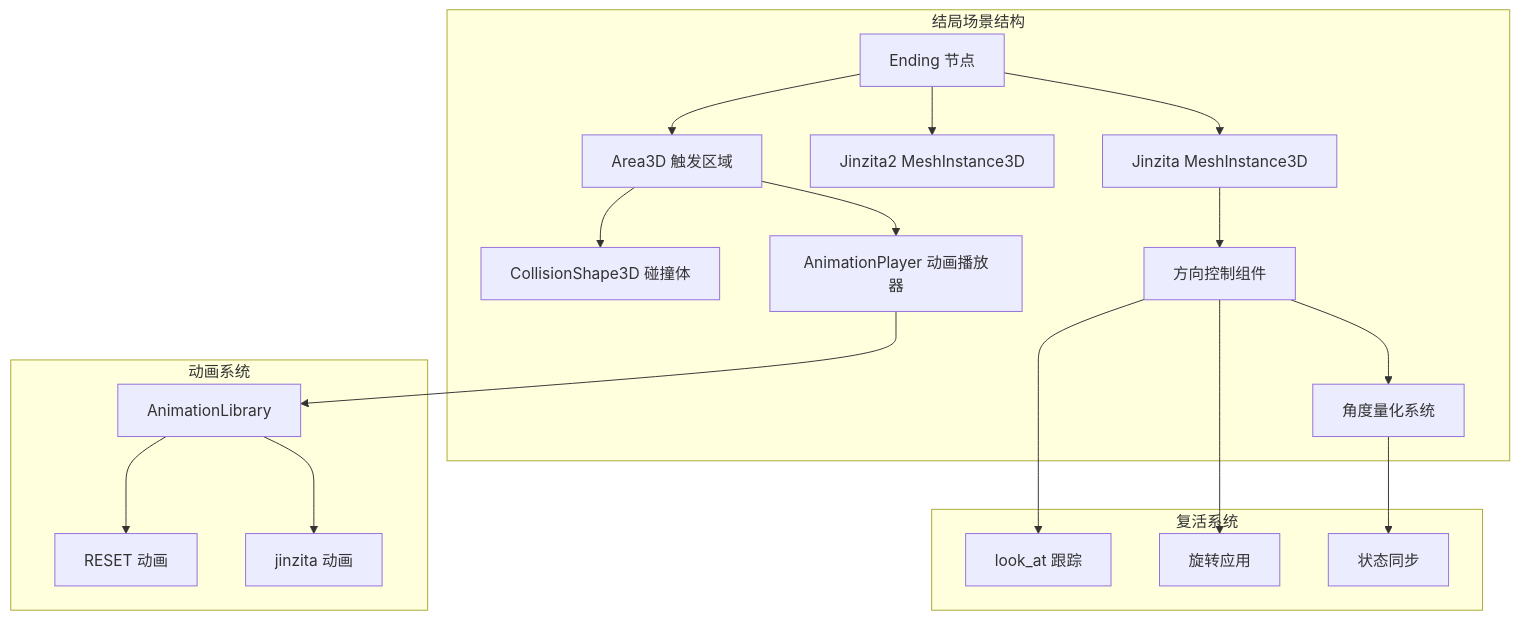
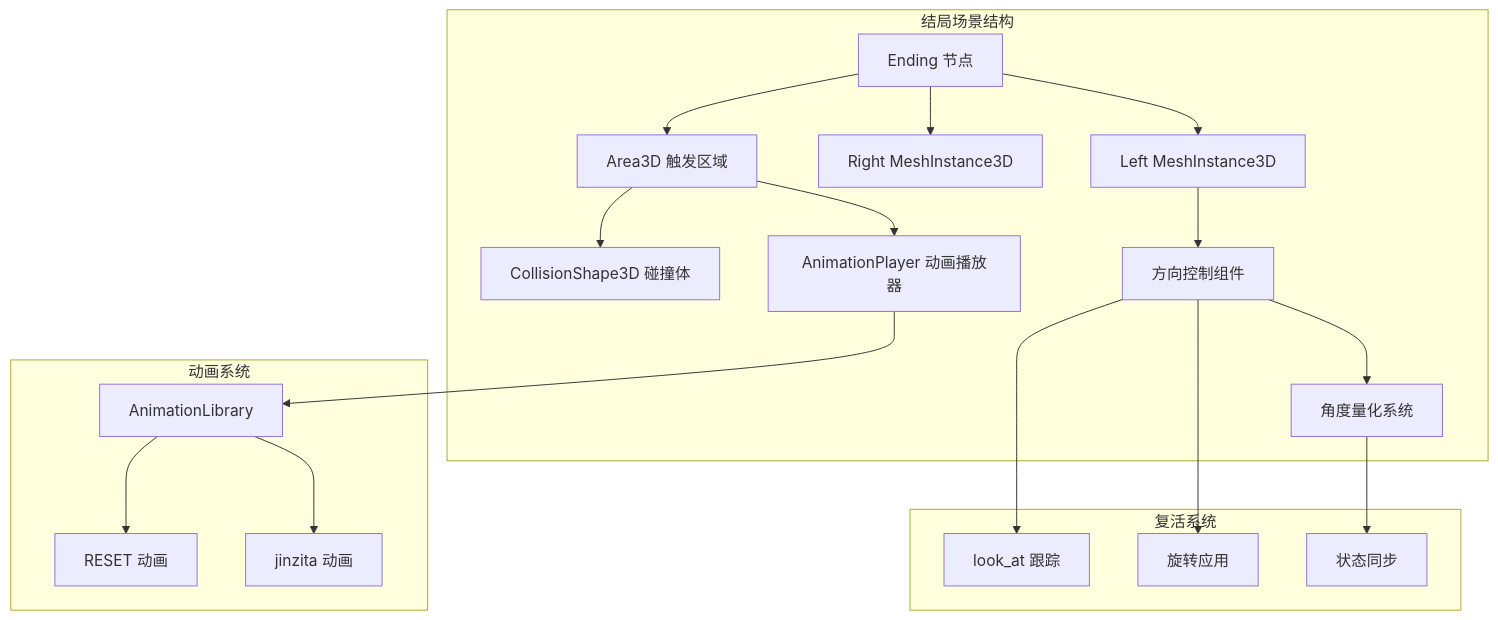
Before and after one commit to godotline/godot-line: the third of 9 diagrams in .qoder/repowiki/zh/content/游戏系统/触发器系统/结局触发器.md, drawn with Mermaid. The commit also changed other lines of this file and 13 other files, not shown here.

````diff
--- a/.qoder/repowiki/zh/content/游戏系统/触发器系统/结局触发器.md
+++ b/.qoder/repowiki/zh/content/游戏系统/触发器系统/结局触发器.md
@@ -250,36 +266,36 @@
 ```mermaid
 graph TD
 subgraph "结局场景结构"
 EndingNode[Ending 节点]
-Jinzita[Jinzita MeshInstance3D]
-Jinzita2[Jinzita2 MeshInstance3D]
+Left[Left MeshInstance3D]
+Right[Right MeshInstance3D]
 Area3D[Area3D 触发区域]
 CollisionShape3D[CollisionShape3D 碰撞体]
 AnimationPlayer[AnimationPlayer 动画播放器]
 DirectionControl[方向控制组件]
 AngleQuantization[角度量化系统]
 end
 subgraph "动画系统"
 ResetAnim[RESET 动画]
 JinzitaAnim[jinzita 动画]
 AnimLibrary[AnimationLibrary]
 end
 subgraph "复活系统"
 LookAt[look_at 跟踪]
 RotationApply[旋转应用]
 StateSync[状态同步]
 end
-EndingNode --> Jinzita
-EndingNode --> Jinzita2
+EndingNode --> Left
+EndingNode --> Right
 EndingNode --> Area3D
 Area3D --> CollisionShape3D
 Area3D --> AnimationPlayer
 AnimationPlayer --> AnimLibrary
 AnimLibrary --> ResetAnim
 AnimLibrary --> JinzitaAnim
-Jinzita --> DirectionControl
+Left --> DirectionControl
 DirectionControl --> LookAt
 DirectionControl --> AngleQuantization
 DirectionControl --> RotationApply
 AngleQuantization --> StateSync
 ```
````
